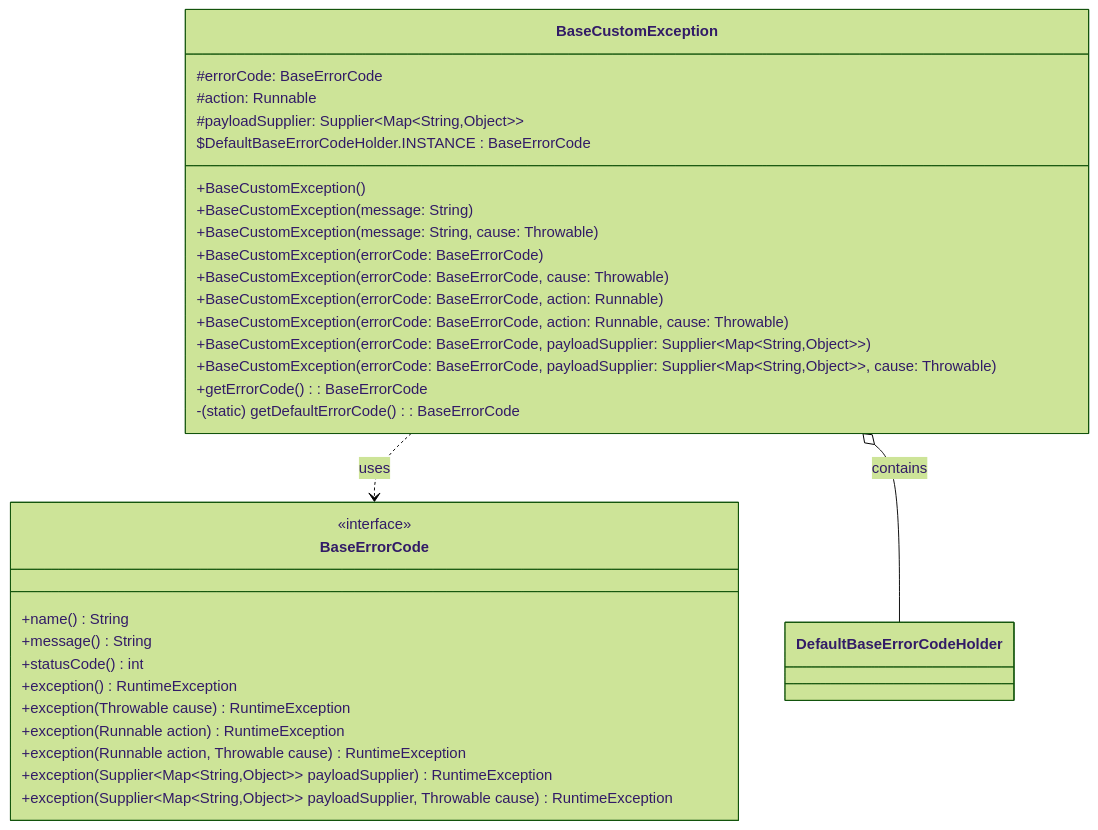
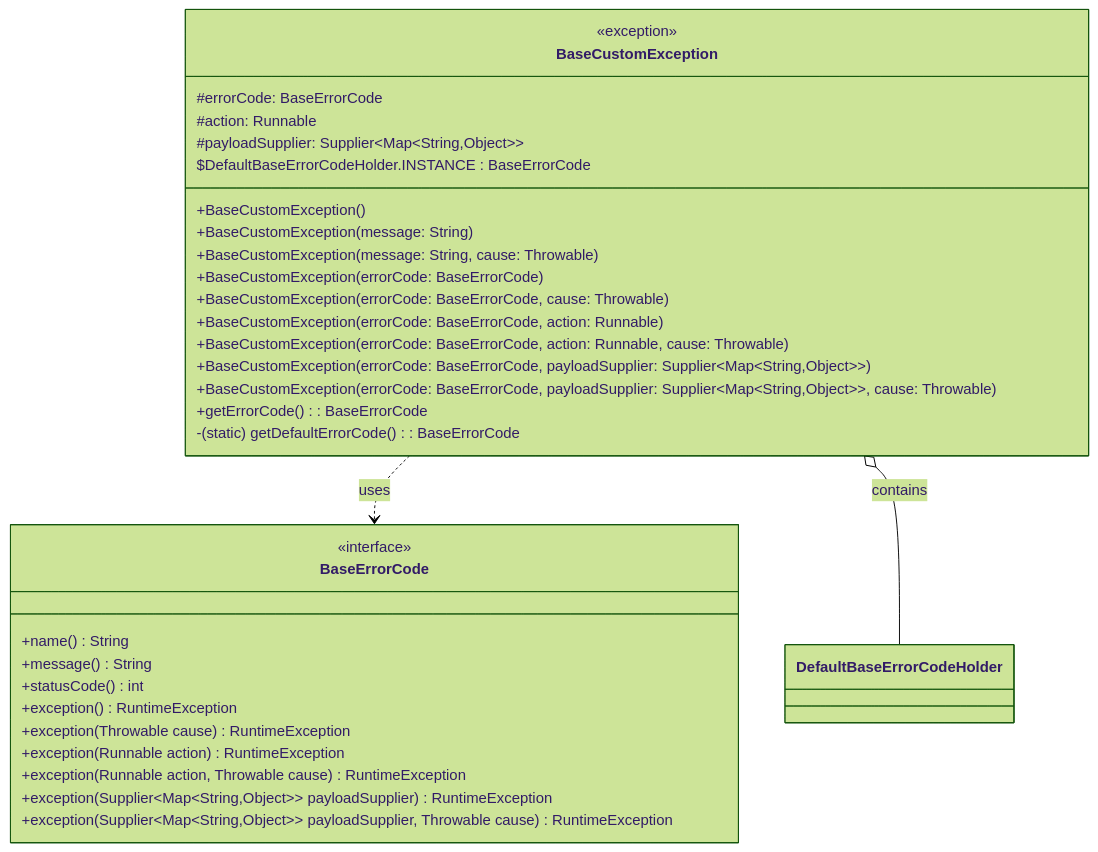
One commit to merge-simpson/letsdev-error-code-api changed the second of 3 diagrams in README.md. Above: the diagram before and after it, drawn with Mermaid.

Commit message:
docs(readme): keep editing mermaid (mark exception)

````diff
--- a/README.md
+++ b/README.md
@@ -50,46 +50,47 @@
 ```mermaid
 %%{init: {"theme": "forest", "themeVariables": {"fontFamily": "Comic Sans MS"}}}%%
 classDiagram
 %% 클래스 목록
     class BaseErrorCode {
         <<interface>>
         +name() String
         +message() String
         +statusCode() int
         +exception() RuntimeException
         +exception(Throwable cause) RuntimeException
         +exception(Runnable action) RuntimeException
         +exception(Runnable action, Throwable cause) RuntimeException
         +exception(Supplier&lt;Map&lt;String,Object>> payloadSupplier) RuntimeException
         +exception(Supplier&lt;Map&lt;String,Object>> payloadSupplier, Throwable cause) RuntimeException
     }
 
     class BaseCustomException {
+        <<exception>>
         #errorCode: BaseErrorCode
         #action: Runnable
         #payloadSupplier: Supplier&lt;Map&lt;String,Object>>
         $DefaultBaseErrorCodeHolder.INSTANCE : BaseErrorCode
         
         +BaseCustomException()
         +BaseCustomException(message: String)
         +BaseCustomException(message: String, cause: Throwable)
         +BaseCustomException(errorCode: BaseErrorCode)
         +BaseCustomException(errorCode: BaseErrorCode, cause: Throwable)
         +BaseCustomException(errorCode: BaseErrorCode, action: Runnable)
         +BaseCustomException(errorCode: BaseErrorCode, action: Runnable, cause: Throwable)
         +BaseCustomException(errorCode: BaseErrorCode, payloadSupplier: Supplier&lt;Map&lt;String,Object>>)
         +BaseCustomException(errorCode: BaseErrorCode, payloadSupplier: Supplier&lt;Map&lt;String,Object>>, cause: Throwable)
         
         +getErrorCode() : BaseErrorCode
         -(static) getDefaultErrorCode() : BaseErrorCode
     }
 
 %%    class DefaultBaseErrorCodeHolder {
 %%        <<private>>
 %%        -INSTANCE : BaseErrorCode
 %%    }
 
 %% 관계 표현
     BaseCustomException ..> BaseErrorCode : uses
     BaseCustomException o-- DefaultBaseErrorCodeHolder : contains
 ```
````
